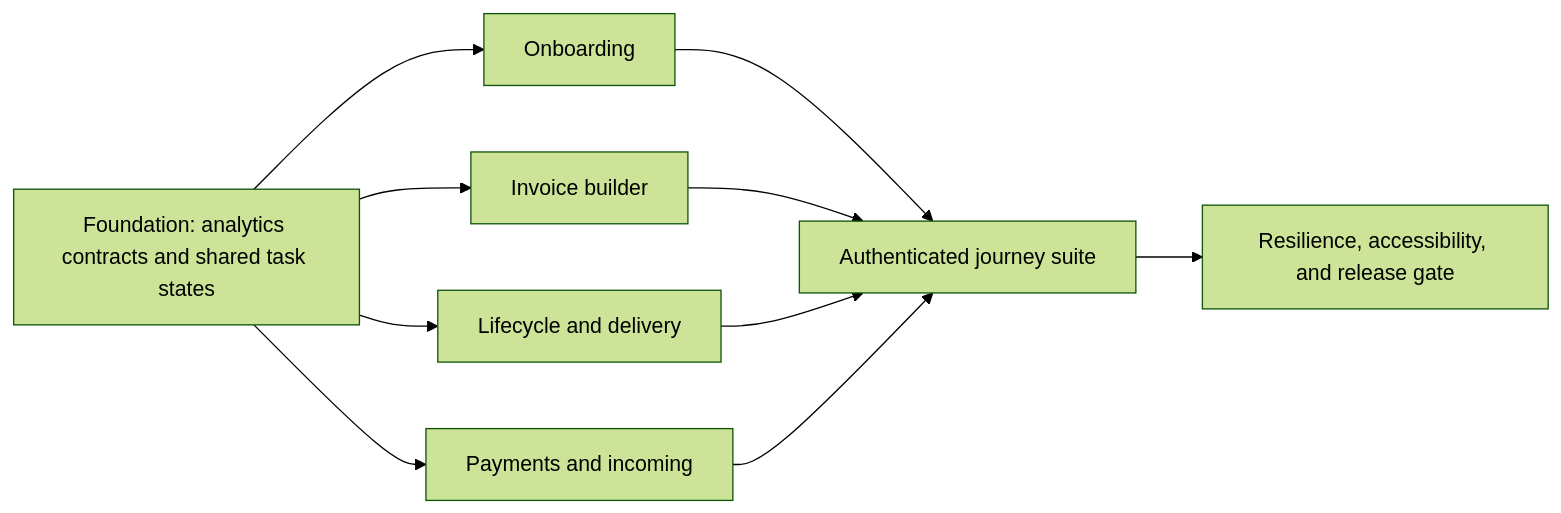
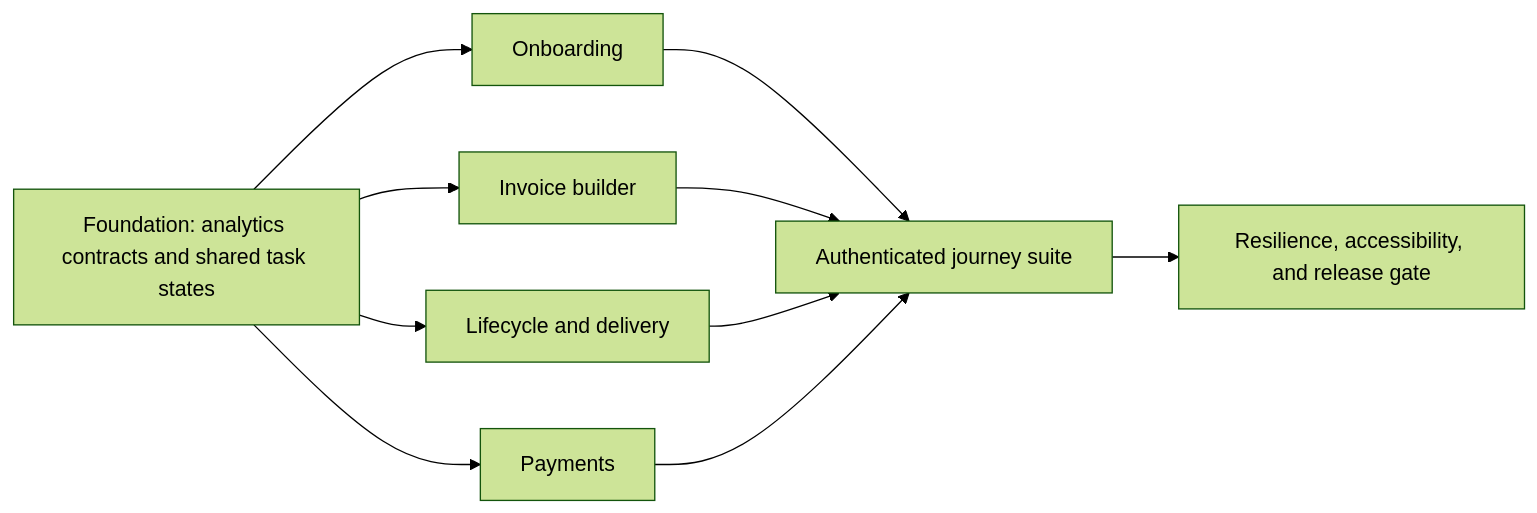
One commit to filipditrich/inveoiceyai changed the diagram in docs/specs/production-ux-finish.md. Above: the diagram before and after it, drawn with Mermaid (forest theme). The commit also changed other lines of this file and 2 other files, not shown here.

First line of the commit message:
chore(apps/web,docs): clear the last incoming-invoice leftovers (#17)

````diff
--- a/docs/specs/production-ux-finish.md
+++ b/docs/specs/production-ux-finish.md
@@ -28,12 +35,12 @@
 ```mermaid
 flowchart LR
   F[Foundation: analytics contracts and shared task states] --> O[Onboarding]
   F --> B[Invoice builder]
   F --> L[Lifecycle and delivery]
-  F --> P[Payments and incoming]
+  F --> P[Payments]
   O --> Q[Authenticated journey suite]
   B --> Q
   L --> Q
   P --> Q
   Q --> R[Resilience, accessibility, and release gate]
 ```
````
